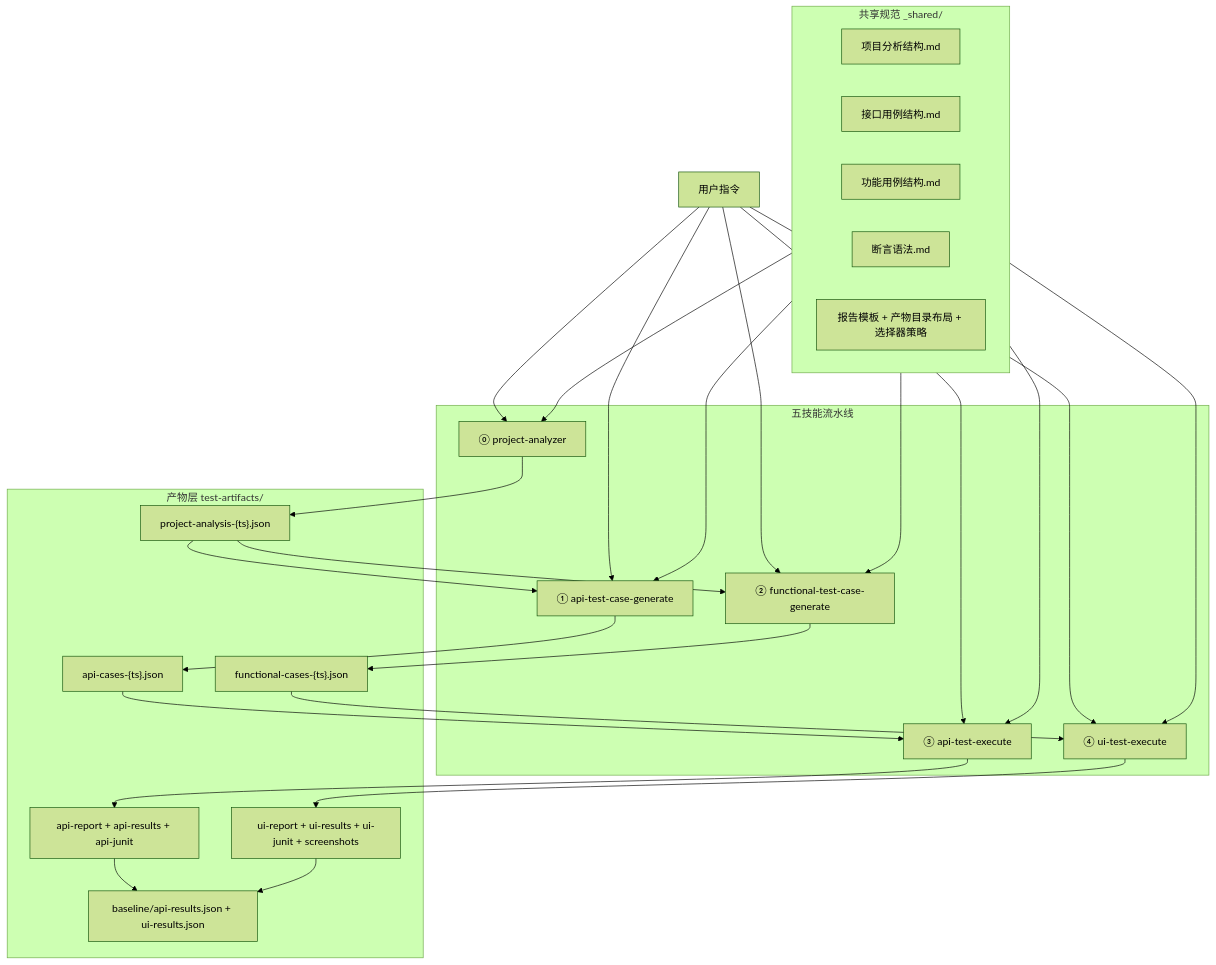
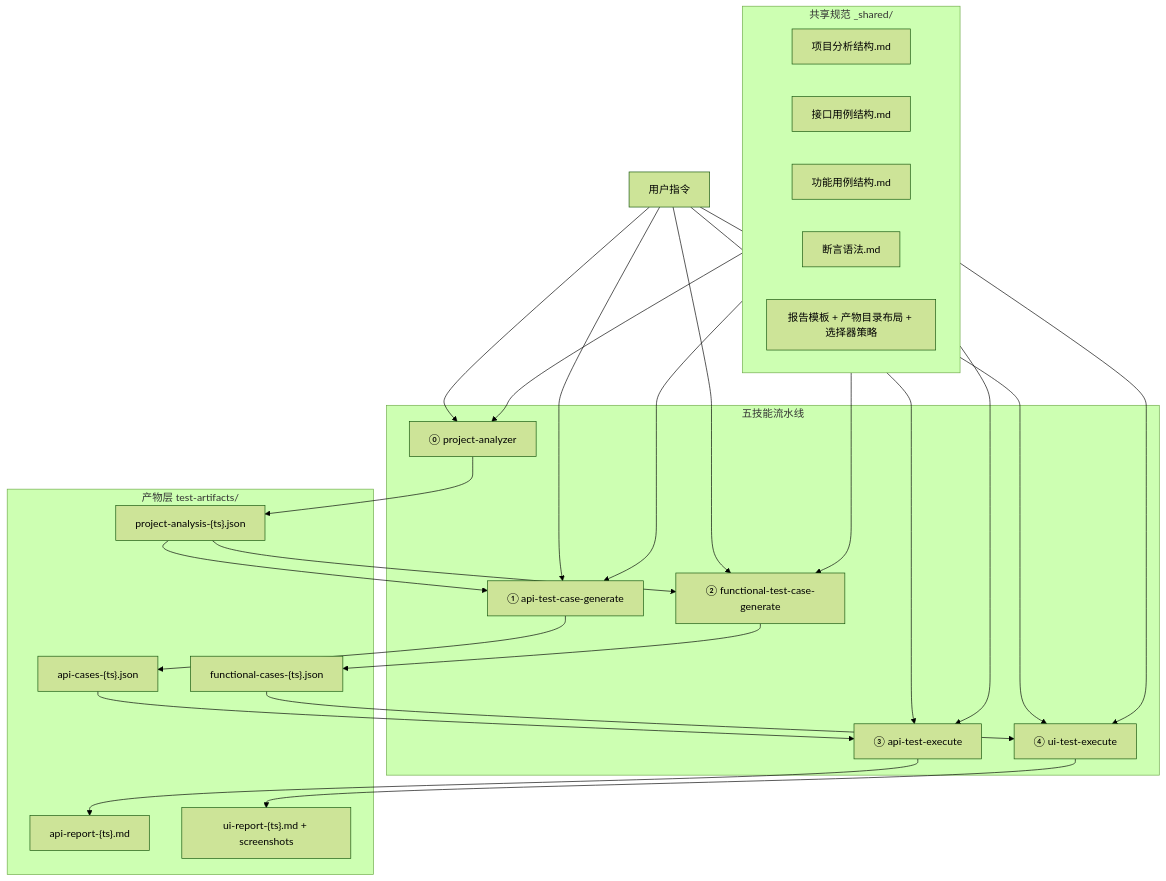
The first of 2 diagrams in 架构与流程.md (MakaCove/ai-test-pipeline), drawn with Mermaid (forest theme) before and after one commit. The commit also changed other lines of this file and 74 other files, not shown here.

````diff
--- a/架构与流程.md
+++ b/架构与流程.md
@@ -10,49 +10,46 @@
 ```mermaid
 flowchart TB
     U["用户指令"]
 
     subgraph S["五技能流水线"]
       S0["⓪ project-analyzer"]
       S1["① api-test-case-generate"]
       S2["② functional-test-case-generate"]
       S3["③ api-test-execute"]
       S4["④ ui-test-execute"]
     end
 
     subgraph A["产物层 test-artifacts/"]
       A0["project-analysis-{ts}.json"]
       A1["api-cases-{ts}.json"]
       A2["functional-cases-{ts}.json"]
-      A3["api-report + api-results + api-junit"]
-      A4["ui-report + ui-results + ui-junit + screenshots"]
-      A5["baseline/api-results.json + ui-results.json"]
+      A3["api-report-{ts}.md"]
+      A4["ui-report-{ts}.md + screenshots"]
     end
 
     subgraph C["共享规范 _shared/"]
       C1["项目分析结构.md"]
       C2["接口用例结构.md"]
       C3["功能用例结构.md"]
       C4["断言语法.md"]
       C5["报告模板 + 产物目录布局 + 选择器策略"]
     end
 
     U --> S0
     U --> S1
     U --> S2
     U --> S3
     U --> S4
 
     S0 --> A0
     A0 --> S1
     A0 --> S2
     S1 --> A1 --> S3 --> A3
     S2 --> A2 --> S4 --> A4
-    A3 --> A5
-    A4 --> A5
 
     C --> S0
     C --> S1
     C --> S2
     C --> S3
     C --> S4
 ```
````
